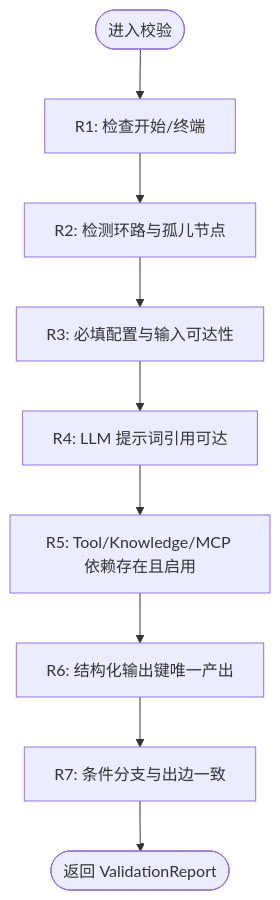
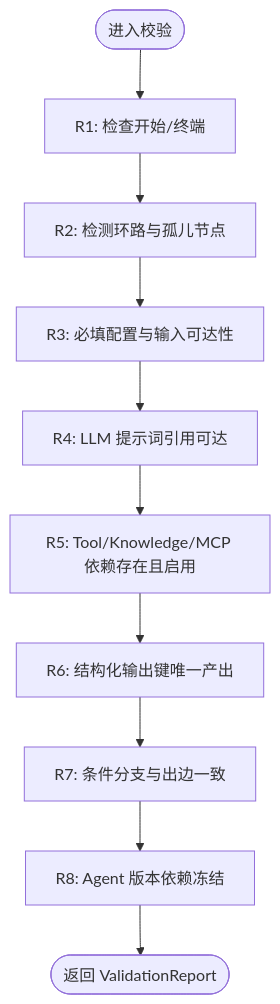
One commit to huiliuxu780/MoreThanCorn changed the third of 3 diagrams in .qoder/repowiki/zh/content/Agent 与工作流域.md. Above: the diagram before and after it, drawn with Mermaid. The commit also changed other lines of this file and 136 other files, not shown here.

````diff
--- a/.qoder/repowiki/zh/content/Agent 与工作流域.md
+++ b/.qoder/repowiki/zh/content/Agent 与工作流域.md
@@ -175,11 +271,12 @@
 ```mermaid
 flowchart TD
 Start(["进入校验"]) --> R1["R1: 检查开始/终端"]
 R1 --> R2["R2: 检测环路与孤儿节点"]
 R2 --> R3["R3: 必填配置与输入可达性"]
 R3 --> R4["R4: LLM 提示词引用可达"]
 R4 --> R5["R5: Tool/Knowledge/MCP 依赖存在且启用"]
 R5 --> R6["R6: 结构化输出键唯一产出"]
 R6 --> R7["R7: 条件分支与出边一致"]
-R7 --> End(["返回 ValidationReport"])
+R7 --> R8["R8: Agent 版本依赖冻结"]
+R8 --> End(["返回 ValidationReport"])
 ```
````
